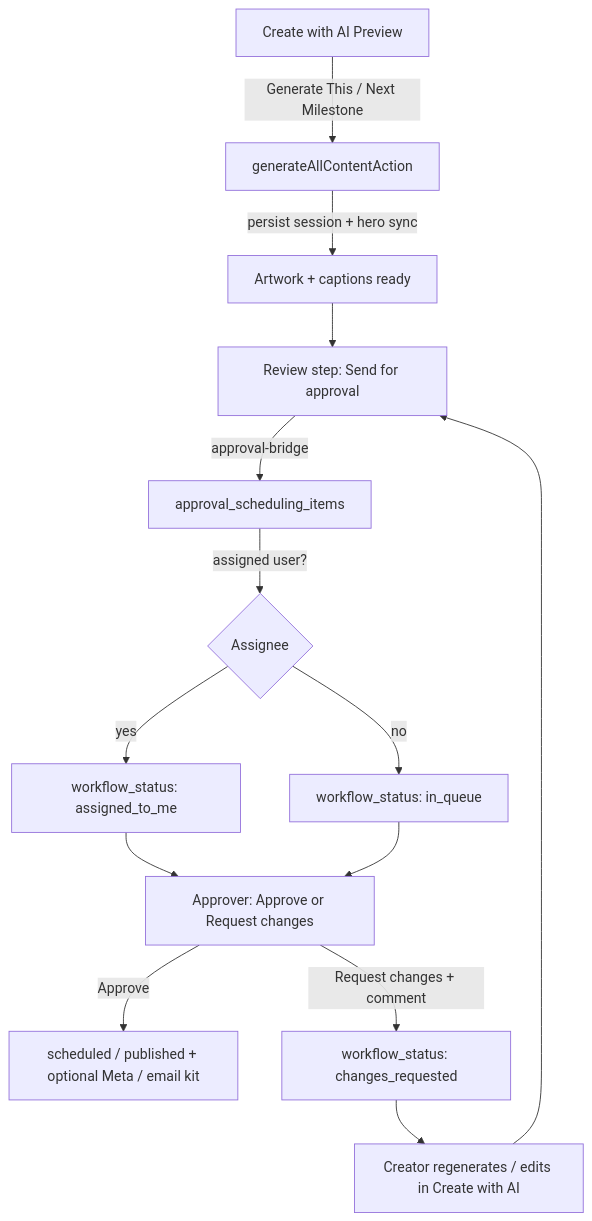
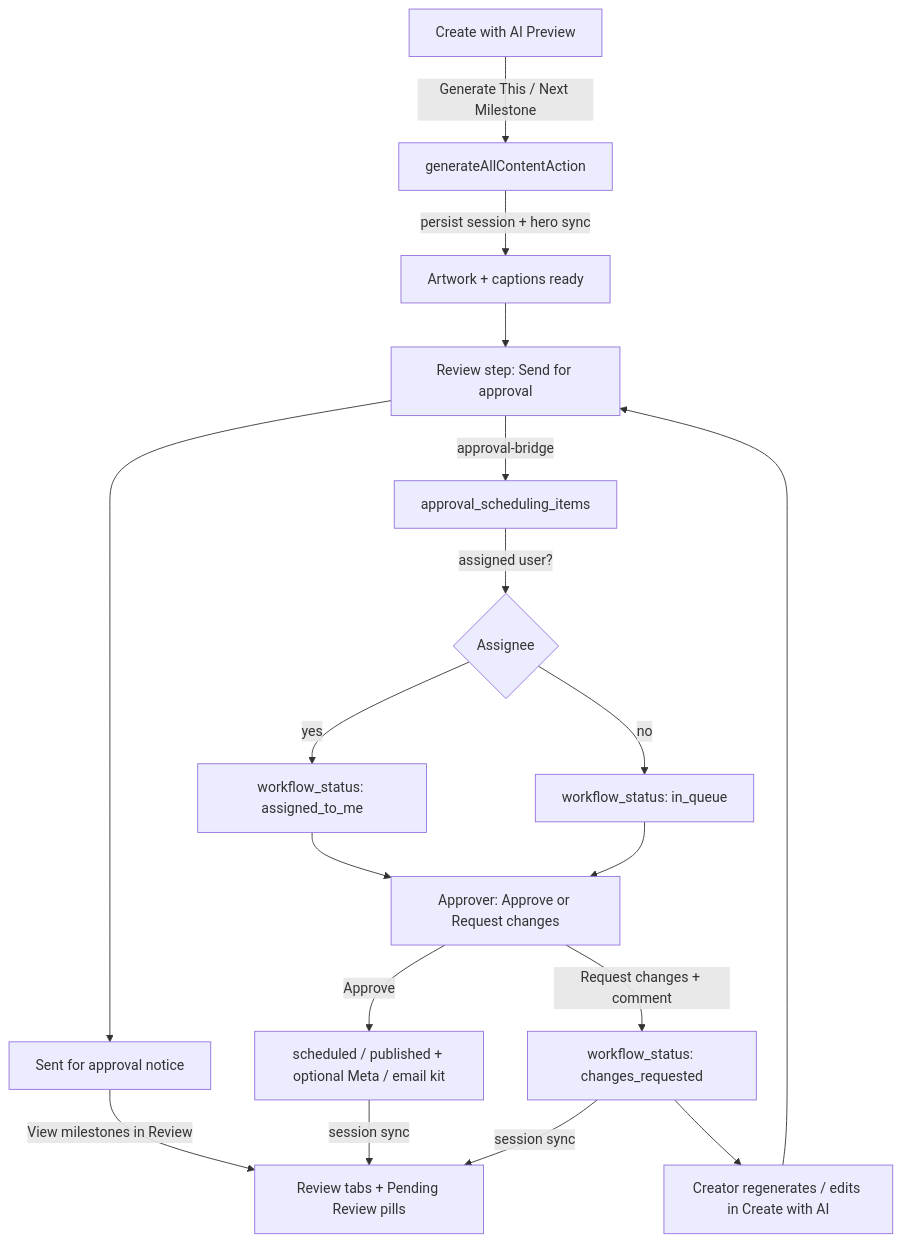
One commit to marrinahueso-ai/campaignos changed the diagram in docs/qa/artwork-approval-findings.md. Above: the diagram before and after it, drawn with Mermaid. The commit also changed other lines of this file and 6 other files, not shown here.

````diff
--- a/docs/qa/artwork-approval-findings.md
+++ b/docs/qa/artwork-approval-findings.md
@@ -11,16 +13,20 @@
 ```mermaid
 flowchart TD
   A[Create with AI Preview] -->|Generate This / Next Milestone| B[generateAllContentAction]
   B -->|persist session + hero sync| C[Artwork + captions ready]
   C --> D[Review step: Send for approval]
   D -->|approval-bridge| E[approval_scheduling_items]
+  D --> N[Sent for approval notice]
+  N -->|View milestones in Review| R[Review tabs + Pending Review pills]
   E -->|assigned user?| F{Assignee}
   F -->|yes| G[workflow_status: assigned_to_me]
   F -->|no| H[workflow_status: in_queue]
   G --> I[Approver: Approve or Request changes]
   H --> I
   I -->|Approve| J[scheduled / published + optional Meta / email kit]
+  J -->|session sync| R
   I -->|Request changes + comment| K[workflow_status: changes_requested]
+  K -->|session sync| R
   K --> L[Creator regenerates / edits in Create with AI]
   L --> D
 ```
````
